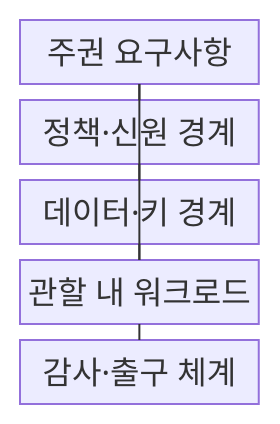
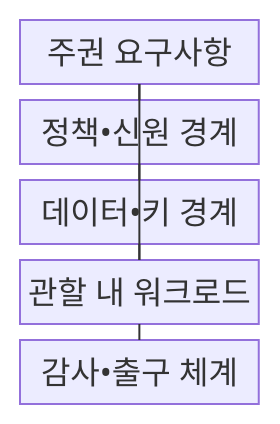
One commit to agnusdei1207/knowledge-base changed the first of 2 diagrams in src/content/docs/notes/03-software/168_sovereign_cloud.md. Above: the diagram before and after it, drawn with Mermaid. The commit also changed other lines of this file and 953 other files, not shown here.

````diff
--- a/src/content/docs/notes/03-software/168_sovereign_cloud.md
+++ b/src/content/docs/notes/03-software/168_sovereign_cloud.md
@@ -69,14 +69,14 @@
 ```mermaid
 block
     columns 1
     A["주권 요구사항"]
-    B["정책·신원 경계"]
-    C["데이터·키 경계"]
+    B["정책•신원 경계"]
+    C["데이터•키 경계"]
     D["관할 내 워크로드"]
-    E["감사·출구 체계"]
+    E["감사•출구 체계"]
     A --- B
     A --- C
     B --- D
     C --- D
     D --- E
 ```
````
